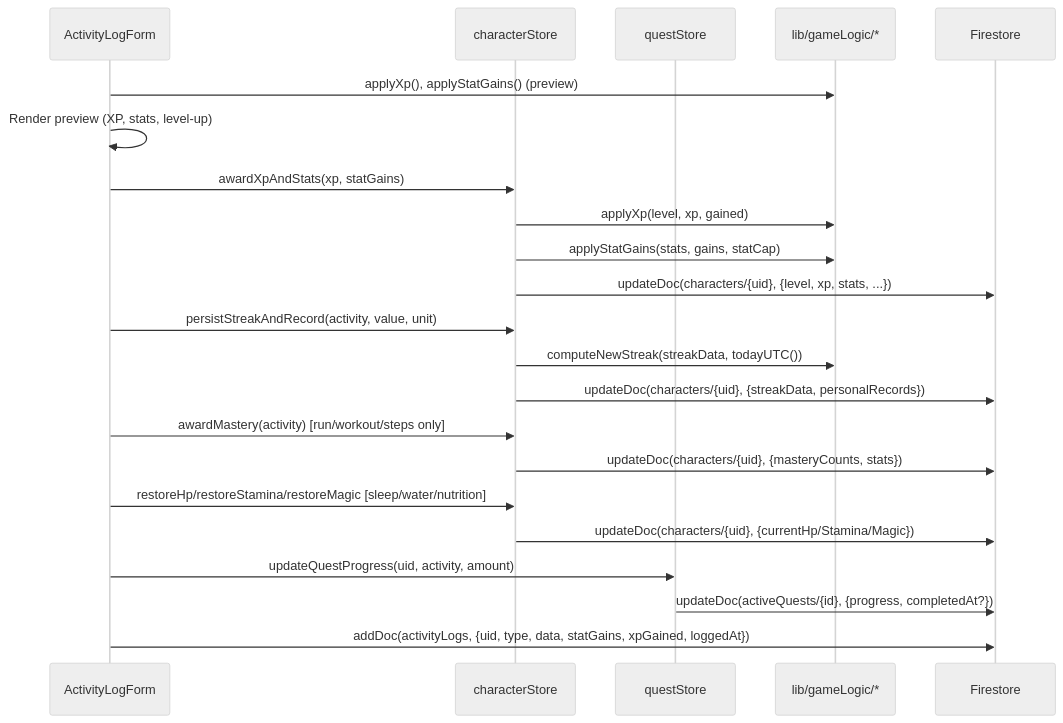
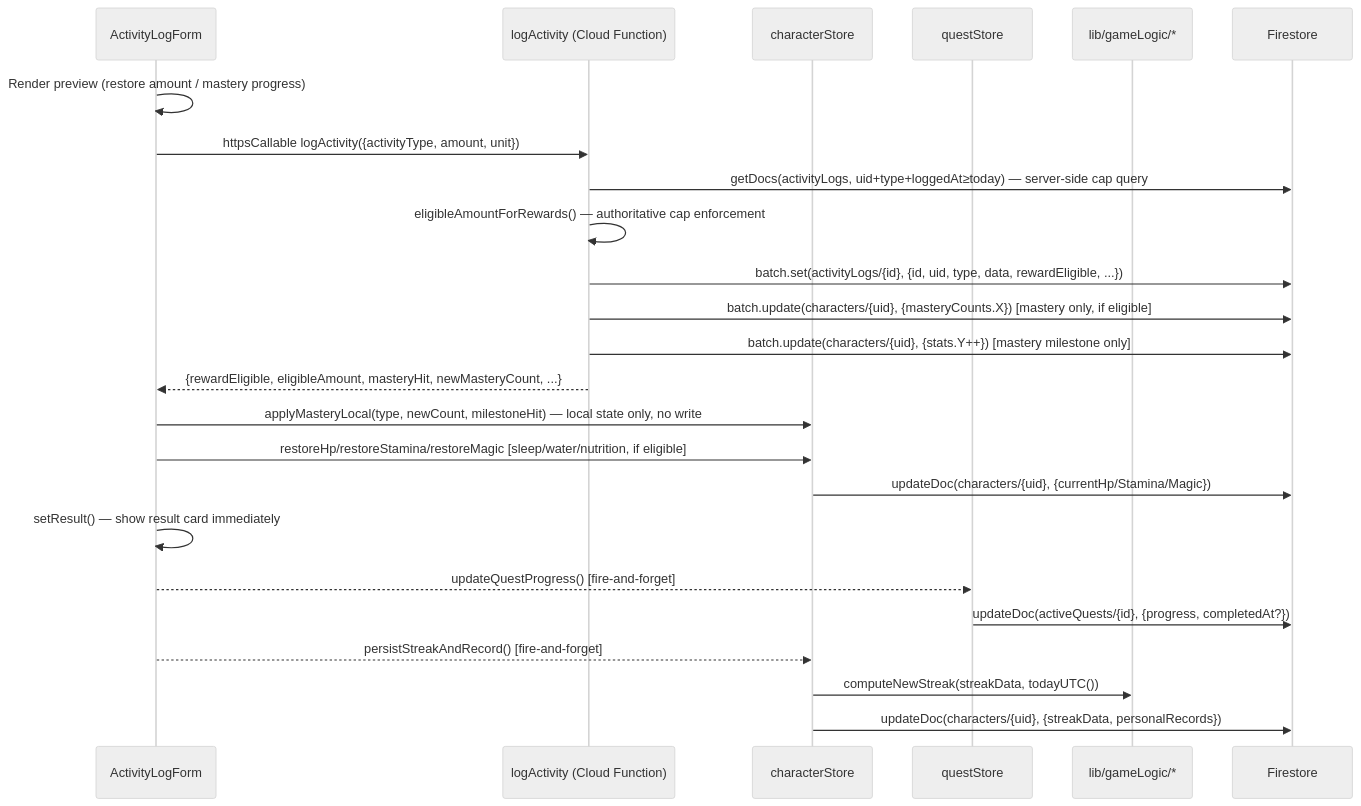
One commit to Spike450x/FitQuest changed the second of 2 diagrams in docs/ARCHITECTURE.md. Above: the diagram before and after it, drawn with Mermaid (neutral theme). The commit also changed other lines of this file and 42 other files, not shown here.

First line of the commit message:
Add logActivity Cloud Function + R4-StageC restore migration + CI deploy (#21)

````diff
--- a/docs/ARCHITECTURE.md
+++ b/docs/ARCHITECTURE.md
@@ -113,25 +115,27 @@
 ```mermaid
 sequenceDiagram
     participant UI as ActivityLogForm
+    participant CF as logActivity (Cloud Function)
     participant CS as characterStore
     participant QS as questStore
     participant Lib as lib/gameLogic/*
     participant FS as Firestore
 
-    UI->>Lib: applyXp(), applyStatGains() (preview)
-    UI->>UI: Render preview (XP, stats, level-up)
-    UI->>CS: awardXpAndStats(xp, statGains)
-    CS->>Lib: applyXp(level, xp, gained)
-    CS->>Lib: applyStatGains(stats, gains, statCap)
-    CS->>FS: updateDoc(characters/{uid}, {level, xp, stats, ...})
-    UI->>CS: persistStreakAndRecord(activity, value, unit)
+    UI->>UI: Render preview (restore amount / mastery progress)
+    UI->>CF: httpsCallable logActivity({activityType, amount, unit})
+    CF->>FS: getDocs(activityLogs, uid+type+loggedAt≥today) — server-side cap query
+    CF->>CF: eligibleAmountForRewards() — authoritative cap enforcement
+    CF->>FS: batch.set(activityLogs/{id}, {id, uid, type, data, rewardEligible, ...})
+    CF->>FS: batch.update(characters/{uid}, {masteryCounts.X}) [mastery only, if eligible]
+    CF->>FS: batch.update(characters/{uid}, {stats.Y++}) [mastery milestone only]
+    CF-->>UI: {rewardEligible, eligibleAmount, masteryHit, newMasteryCount, ...}
+    UI->>CS: applyMasteryLocal(type, newCount, milestoneHit) — local state only, no write
+    UI->>CS: restoreHp/restoreStamina/restoreMagic [sleep/water/nutrition, if eligible]
+    CS->>FS: updateDoc(characters/{uid}, {currentHp/Stamina/Magic})
+    UI->>UI: setResult() — show result card immediately
+    UI-->>QS: updateQuestProgress() [fire-and-forget]
+    QS->>FS: updateDoc(activeQuests/{id}, {progress, completedAt?})
+    UI-->>CS: persistStreakAndRecord() [fire-and-forget]
     CS->>Lib: computeNewStreak(streakData, todayUTC())
     CS->>FS: updateDoc(characters/{uid}, {streakData, personalRecords})
-    UI->>CS: awardMastery(activity)  [run/workout/steps only]
-    CS->>FS: updateDoc(characters/{uid}, {masteryCounts, stats})
-    UI->>CS: restoreHp/restoreStamina/restoreMagic  [sleep/water/nutrition]
-    CS->>FS: updateDoc(characters/{uid}, {currentHp/Stamina/Magic})
-    UI->>QS: updateQuestProgress(uid, activity, amount)
-    QS->>FS: updateDoc(activeQuests/{id}, {progress, completedAt?})
-    UI->>FS: addDoc(activityLogs, {uid, type, data, statGains, xpGained, loggedAt})
 ```
````
